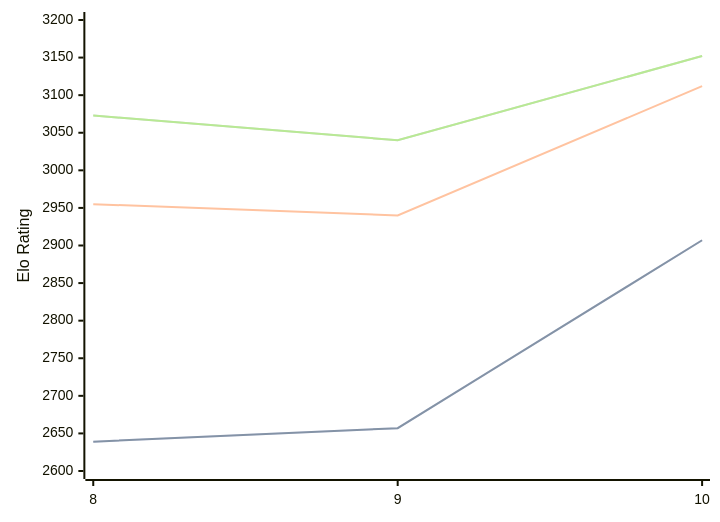
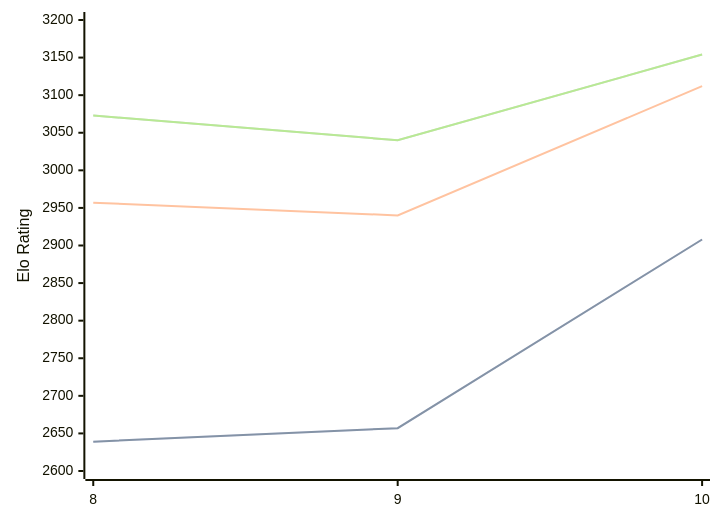
One commit to computer-chess-index/cci changed the diagram in engines/Lozza.md. Above: the diagram before and after it, drawn with Mermaid. The commit also changed other lines of this file, not shown here.

Commit message:
Update CCI Ratings (ELO VLTC) - 2026-02-15

````diff
--- a/engines/Lozza.md
+++ b/engines/Lozza.md
@@ -38,11 +38,11 @@
 ```mermaid
 %%{init: {"theme":"base","themeVariables":{"seriesColors:['#a3a3a3','#222221','#faa371']}}}%%
 xychart-beta
   x-axis ["8", "9", "10"]
   y-axis "Elo Rating" 2600 --> 3200
-  line "STC (8.0+0.08s)" [2639, 2657, 2907]
-  line "STC (8.0+0.08s)" [2639, 2657, 2907]
-  line "LTC (60.0+0.60s)" [2955, 2940, 3112]
-  line "VLTC (2m24s+1.12s)" [3073, 3040, 3152]
-  line "VLTC (2m24s+1.12s)" [3073, 3040, 3152]
+  line "STC (8.0+0.08s)" [2639, 2657, 2908]
+  line "STC (8.0+0.08s)" [2639, 2657, 2908]
+  line "LTC (60.0+0.60s)" [2957, 2940, 3112]
+  line "VLTC (2m24s+1.12s)" [3073, 3040, 3154]
+  line "VLTC (2m24s+1.12s)" [3073, 3040, 3154]
 ```
````
